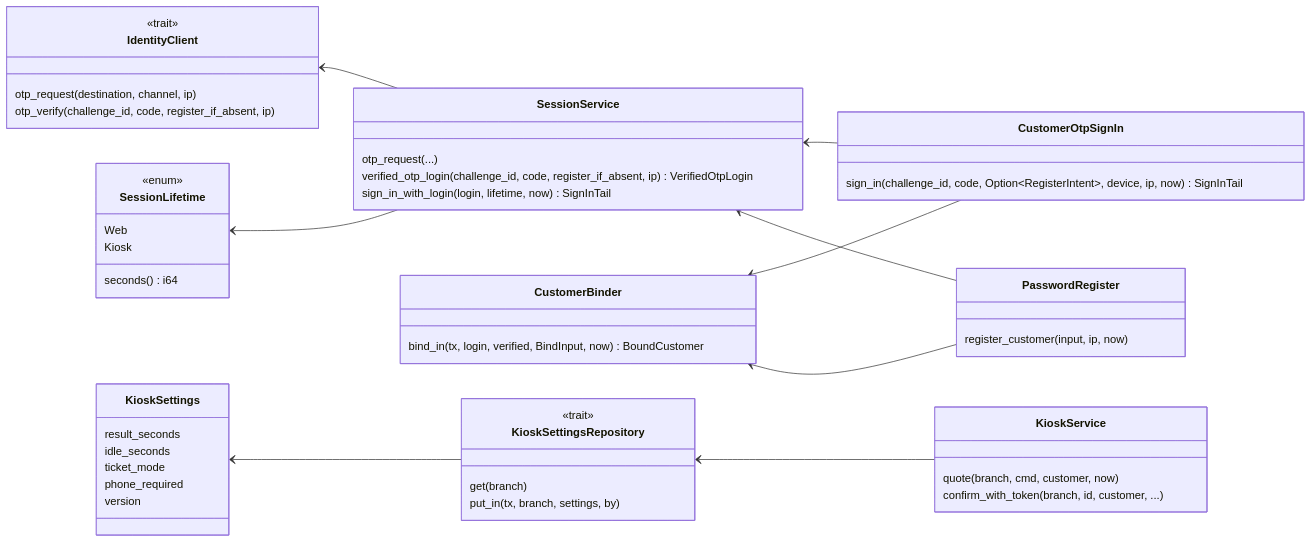
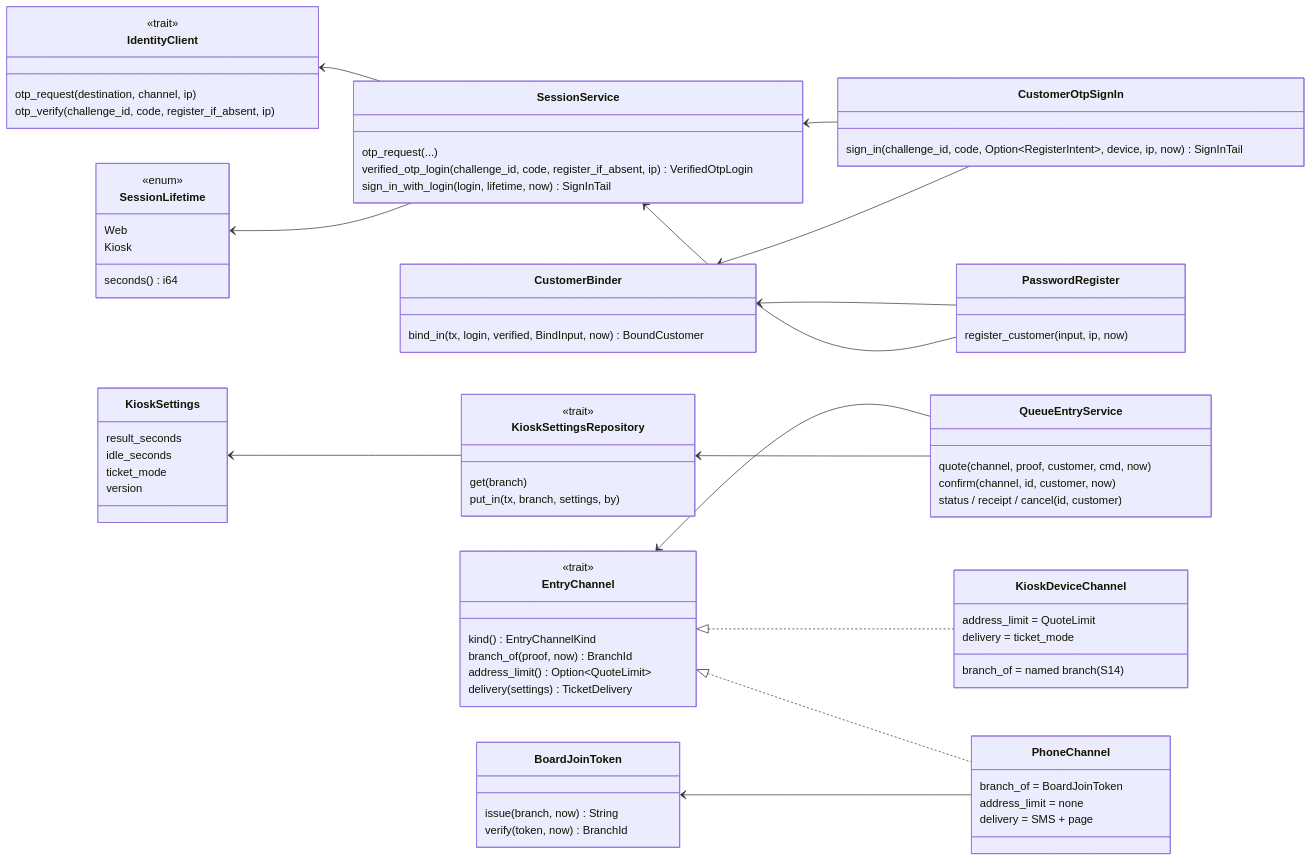
The diagram in docs/design/blueprint/kiosk-shared-phone.md (yuthstyle88/xchange-dev), drawn with Mermaid before and after one commit. The commit also changed other lines of this file, not shown here.

First line of the commit message:
docs(design): kiosk-shared-phone §4 — one entry core for kiosk and phone (KS-7)

````diff
--- a/docs/design/blueprint/kiosk-shared-phone.md
+++ b/docs/design/blueprint/kiosk-shared-phone.md
@@ -146,53 +159,78 @@
 ```mermaid
 classDiagram
   direction LR
   class IdentityClient {
     <<trait>>
     otp_request(destination, channel, ip)
     otp_verify(challenge_id, code, register_if_absent, ip)
   }
   class SessionService {
     otp_request(...)
     verified_otp_login(challenge_id, code, register_if_absent, ip) VerifiedOtpLogin
     sign_in_with_login(login, lifetime, now) SignInTail
   }
   class SessionLifetime {
     <<enum>>
     Web
     Kiosk
     seconds() i64
   }
   class CustomerBinder {
     bind_in(tx, login, verified, BindInput, now) BoundCustomer
   }
   class CustomerOtpSignIn {
     sign_in(challenge_id, code, Option~RegisterIntent~, device, ip, now) SignInTail
   }
   class PasswordRegister {
     register_customer(input, ip, now)
   }
-  class KioskService {
-    quote(branch, cmd, customer, now)
-    confirm_with_token(branch, id, customer, ...)
+  class QueueEntryService {
+    quote(channel, proof, customer, cmd, now)
+    confirm(channel, id, customer, now)
+    status / receipt / cancel(id, customer)
+  }
+  class EntryChannel {
+    <<trait>>
+    kind() EntryChannelKind
+    branch_of(proof, now) BranchId
+    address_limit() Option~QuoteLimit~
+    delivery(settings) TicketDelivery
+  }
+  class KioskDeviceChannel {
+    branch_of = named branch (S14)
+    address_limit = QuoteLimit
+    delivery = ticket_mode
+  }
+  class PhoneChannel {
+    branch_of = BoardJoinToken
+    address_limit = none
+    delivery = SMS + page
+  }
+  class BoardJoinToken {
+    issue(branch, now) String
+    verify(token, now) BranchId
   }
   class KioskSettings {
     result_seconds
     idle_seconds
     ticket_mode
-    phone_required
     version
   }
   class KioskSettingsRepository {
     <<trait>>
     get(branch)
     put_in(tx, branch, settings, by)
   }
   IdentityClient <-- SessionService
   SessionLifetime <-- SessionService
   SessionService <-- CustomerOtpSignIn
   CustomerBinder <-- CustomerOtpSignIn
   CustomerBinder <-- PasswordRegister
   SessionService <-- PasswordRegister
-  KioskSettingsRepository <-- KioskService
+  EntryChannel <-- QueueEntryService
+  EntryChannel <|.. KioskDeviceChannel
+  EntryChannel <|.. PhoneChannel
+  BoardJoinToken <-- PhoneChannel
+  KioskSettingsRepository <-- QueueEntryService
   KioskSettings <-- KioskSettingsRepository
 ```
````
